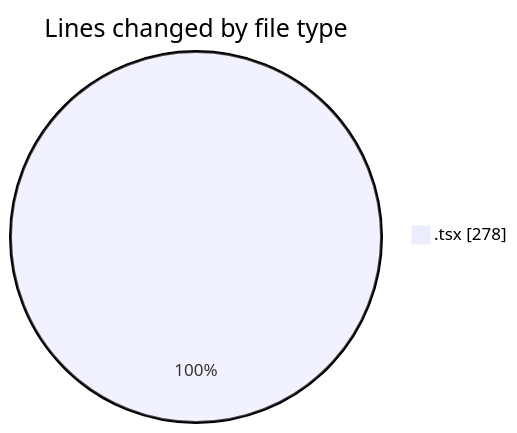
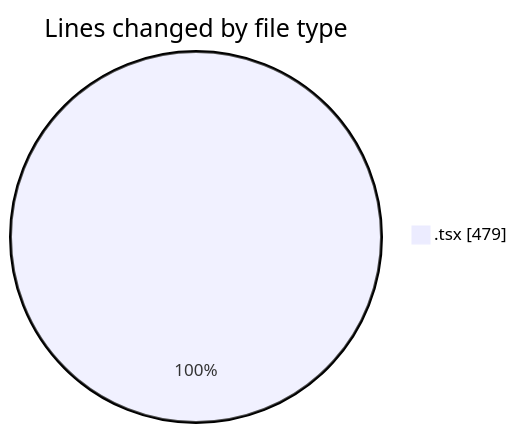
Before and after one commit to nxtqubesakshisongat/code-tracking: the first of 2 diagrams in 2026-04-08/airfeed-analytics-dashboard/README.md, drawn with Mermaid. The commit also changed other lines of this file and 1 other file, not shown here.

````diff
--- a/2026-04-08/airfeed-analytics-dashboard/README.md
+++ b/2026-04-08/airfeed-analytics-dashboard/README.md
@@ -21,5 +23,5 @@
 ```mermaid
 pie showData
 title Lines changed by file type
-".tsx" : 278
+".tsx" : 479
 ```
````
